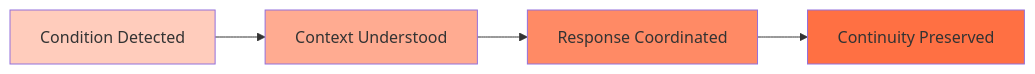
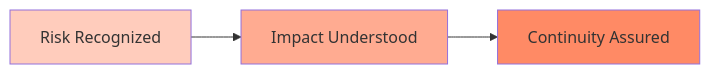
One commit to Evilazaro/Azure-LogicApps-Monitoring changed the ninth of 10 diagrams in docs/architecture/01-business-architecture.md. Above: the diagram before and after it, drawn with Mermaid. The commit also changed other lines of this file, not shown here.

Commit message:
Refactor Business Architecture document: update terminology and enhance clarity in commitment management and fulfillment sections

````diff
--- a/docs/architecture/01-business-architecture.md
+++ b/docs/architecture/01-business-architecture.md
@@ -299,11 +296,9 @@
 ```mermaid
 graph LR
-    A[Condition Detected] --> B[Context Understood]
-    B --> C[Response Coordinated]
-    C --> D[Continuity Preserved]
+    A[Risk Recognized] --> B[Impact Understood]
+    B --> C[Continuity Assured]
 
     style A fill:#ffccbc
     style B fill:#ffab91
     style C fill:#ff8a65
-    style D fill:#ff7043
 ```
````
